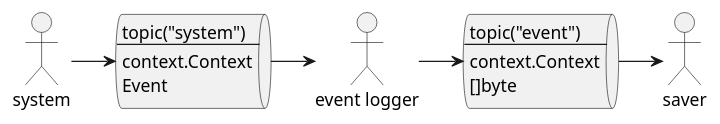
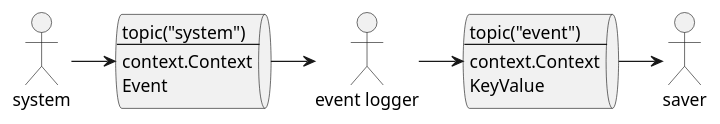
One commit to michilu/boilerplate changed the diagram in application/event/dataflow.puml. Above: the diagram before and after it, drawn with PlantUML. The commit also changed 18 other files, not shown here.

```diff
--- a/application/event/dataflow.puml
+++ b/application/event/dataflow.puml
@@ -1,23 +1,23 @@
 @startuml
 
 queue system..event[
 topic("system")
 --
 context.Context
 Event
 ]
 
-queue event..byte[
+queue event..keyvalue[
 topic("event")
 --
 context.Context
-[]byte
+KeyValue
 ]
 
 actor system
 system->system..event
 system..event->:event logger:
-:event logger:->event..byte
-event..byte->saver
+:event logger:->event..keyvalue
+event..keyvalue->saver
 
 @enduml
```
